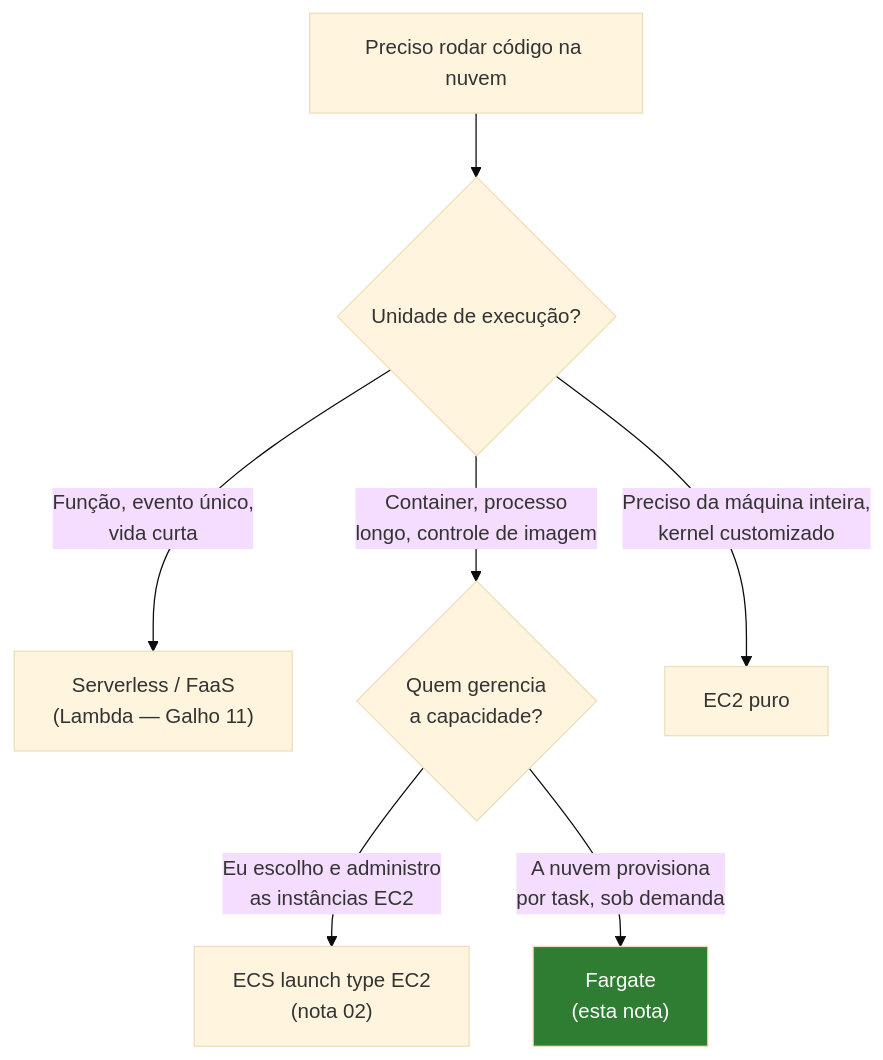
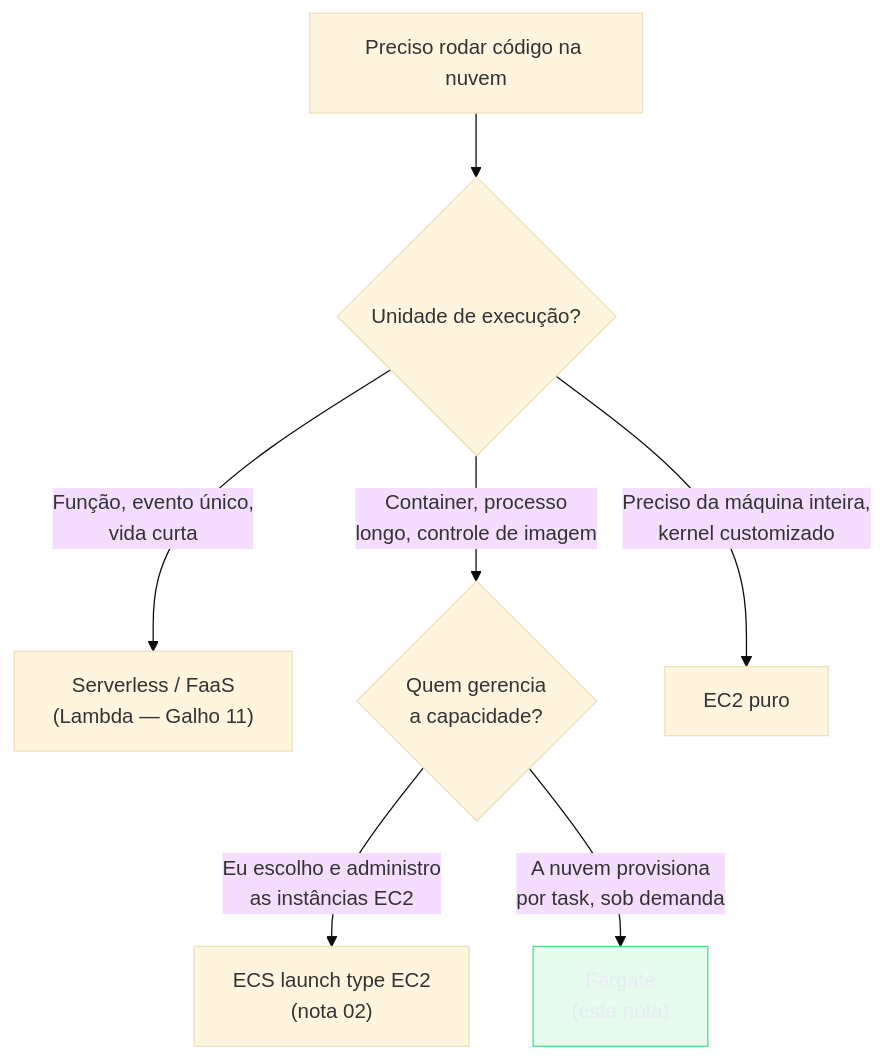
Before and after one commit to josenaldo/codex-technomanticus: the first of 2 diagrams in 03-Dominios/Tecnologia/Cloud/12 - Containers gerenciados/03 - Fargate a fundo.md, drawn with Mermaid (base theme). The commit also changed 1181 other files, not shown here.

First line of the commit message:
fix(diagramas): paleta do sistema no lugar de cor cravada no markdown

````diff
--- a/03-Dominios/Tecnologia/Cloud/12 - Containers gerenciados/03 - Fargate a fundo.md
+++ b/03-Dominios/Tecnologia/Cloud/12 - Containers gerenciados/03 - Fargate a fundo.md
@@ -37,11 +37,12 @@
 ```mermaid
 flowchart TD
+    classDef ok fill:#4ADE8021,stroke:#4ADE80,color:#E9ECF2
     A["Preciso rodar código na nuvem"] --> B{"Unidade de execução?"}
     B -->|"Função, evento único,\nvida curta"| C["Serverless / FaaS\n(Lambda — Galho 11)"]
     B -->|"Container, processo\nlongo, controle de imagem"| D{"Quem gerencia\na capacidade?"}
     D -->|"Eu escolho e administro\nas instâncias EC2"| E["ECS launch type EC2\n(nota 02)"]
     D -->|"A nuvem provisiona\npor task, sob demanda"| F["Fargate\n(esta nota)"]
     B -->|"Preciso da máquina inteira,\nkernel customizado"| G["EC2 puro"]
 
-    style F fill:#2e7d32,color:#fff
+    class F ok
 ```
````
